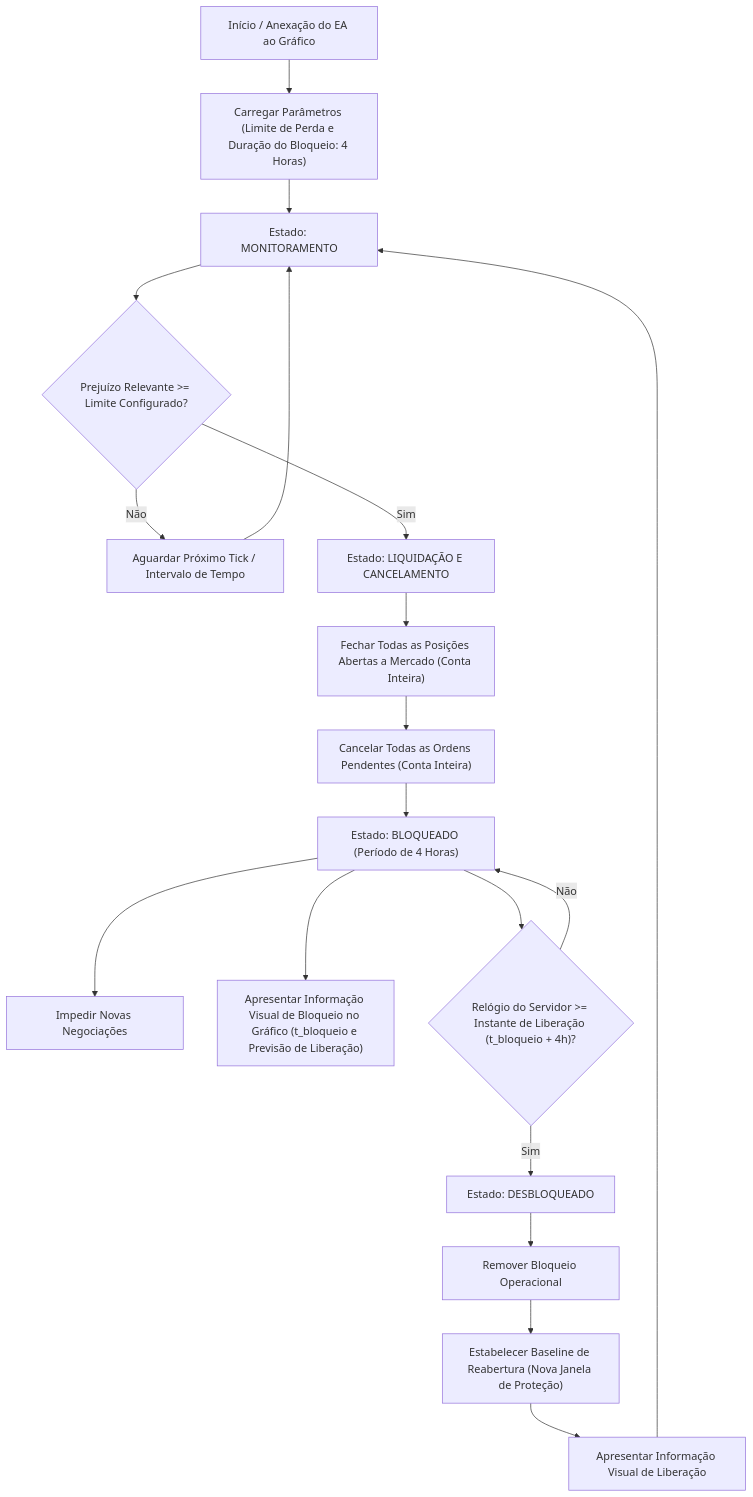
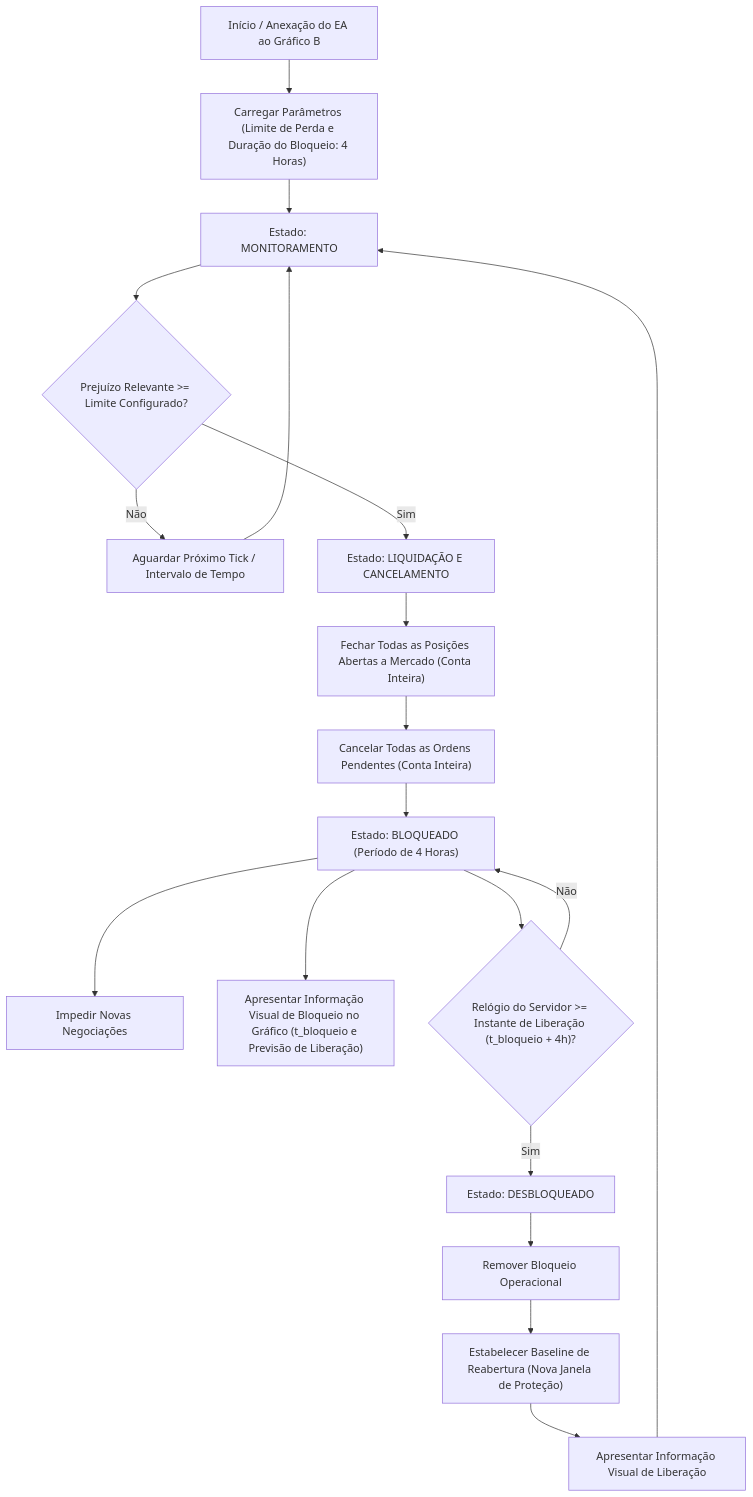
Before and after one commit to hallanbrito/eddytrader: the diagram in docs/01-VISAO-GERAL.md, drawn with Mermaid. The commit also changed other lines of this file and 18 other files, not shown here.

````diff
--- a/docs/01-VISAO-GERAL.md
+++ b/docs/01-VISAO-GERAL.md
@@ -41,20 +52,20 @@
 ```mermaid
 flowchart TD
-    A["Início / Anexação do EA ao Gráfico"] --> B["Carregar Parâmetros (Limite de Perda e Duração do Bloqueio: 4 Horas)"]
+    A["Início / Anexação do EA ao Gráfico B"] --> B["Carregar Parâmetros (Limite de Perda e Duração do Bloqueio: 4 Horas)"]
     B --> C["Estado: MONITORAMENTO"]
     C --> D{"Prejuízo Relevante >= Limite Configurado?"}
     D -- Não --> E["Aguardar Próximo Tick / Intervalo de Tempo"] --> C
     D -- Sim --> F["Estado: LIQUIDAÇÃO E CANCELAMENTO"]
     F --> G["Fechar Todas as Posições Abertas a Mercado (Conta Inteira)"]
     G --> H["Cancelar Todas as Ordens Pendentes (Conta Inteira)"]
     H --> I["Estado: BLOQUEADO (Período de 4 Horas)"]
     I --> J["Impedir Novas Negociações"]
     I --> K["Apresentar Informação Visual de Bloqueio no Gráfico (t_bloqueio e Previsão de Liberação)"]
     I --> L{"Relógio do Servidor >= Instante de Liberação (t_bloqueio + 4h)?"}
     L -- Não --> I
     L -- Sim --> M["Estado: DESBLOQUEADO"]
     M --> N["Remover Bloqueio Operacional"]
     N --> O["Estabelecer Baseline de Reabertura (Nova Janela de Proteção)"]
     O --> P["Apresentar Informação Visual de Liberação"]
     P --> C
 ```
````
